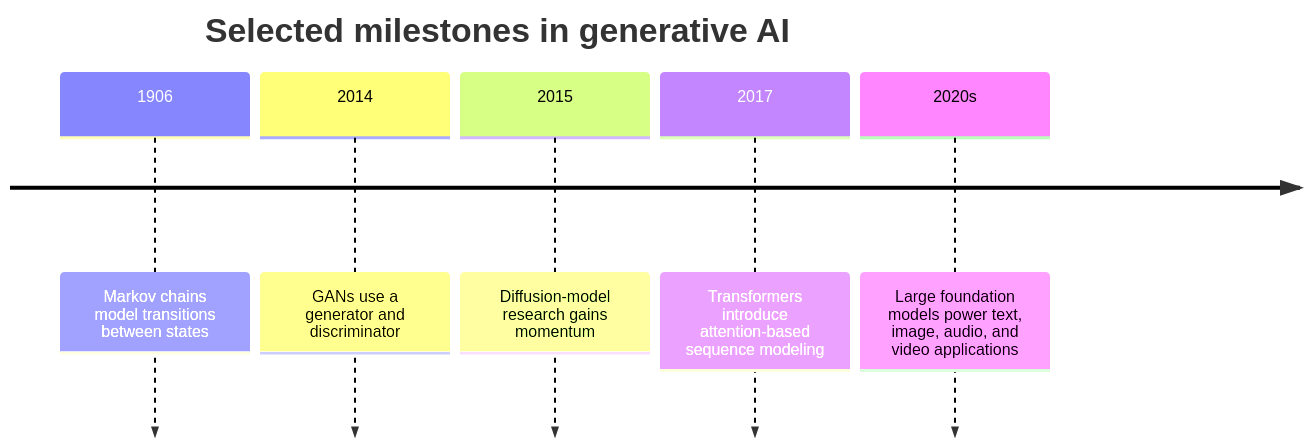
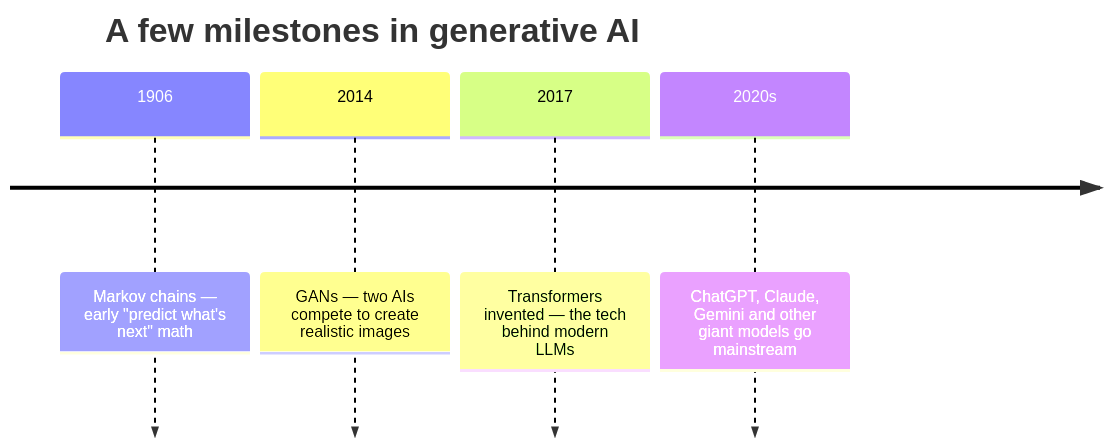
The third of 11 diagrams in course1/week1-llm-foundations.md (DevBuildStudio/mastering-ai-course), drawn with Mermaid before and after one commit. The commit also changed other lines of this file and 2 other files, not shown here.

````diff
--- a/course1/week1-llm-foundations.md
+++ b/course1/week1-llm-foundations.md
@@ -110,9 +63,8 @@
 ```mermaid
 timeline
-    title Selected milestones in generative AI
-    1906 : Markov chains model transitions between states
-    2014 : GANs use a generator and discriminator
-    2015 : Diffusion-model research gains momentum
-    2017 : Transformers introduce attention-based sequence modeling
-    2020s : Large foundation models power text, image, audio, and video applications
+    title A few milestones in generative AI
+    1906 : Markov chains — early "predict what's next" math
+    2014 : GANs — two AIs compete to create realistic images
+    2017 : Transformers invented — the tech behind modern LLMs
+    2020s : ChatGPT, Claude, Gemini and other giant models go mainstream
 ```
````
